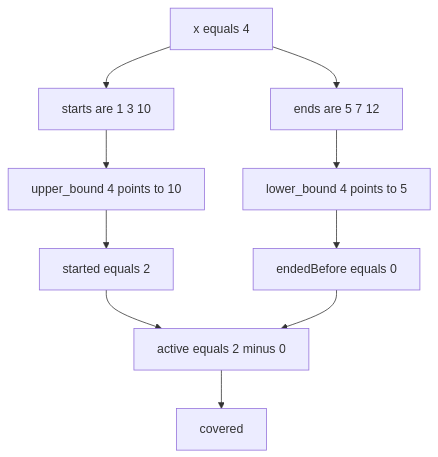
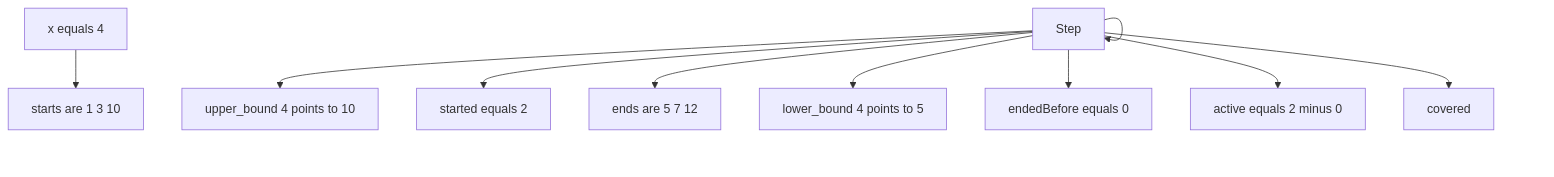
One commit to mthaiseer/springcloud-systemdesign-notes changed the sixth of 35 diagrams in CP_DSA_NOTES/001_TOPIC_WISE/001_STL_RANGE_QUERY_SWEEPLINE.md. Above: the diagram before and after it, drawn with Mermaid. The commit also changed other lines of this file and 1 other file, not shown here.

````diff
--- a/CP_DSA_NOTES/001_TOPIC_WISE/001_STL_RANGE_QUERY_SWEEPLINE.md
+++ b/CP_DSA_NOTES/001_TOPIC_WISE/001_STL_RANGE_QUERY_SWEEPLINE.md
@@ -400,12 +400,12 @@
 ```mermaid
 flowchart TD
-    A["x equals 4"] --> B["starts are 1 3 10"]
-    B --> C["upper_bound 4 points to 10"]
-    C --> D["started equals 2"]
-    A --> E["ends are 5 7 12"]
-    E --> F["lower_bound 4 points to 5"]
-    F --> G["endedBefore equals 0"]
-    D --> H["active equals 2 minus 0"]
-    G --> H
-    H --> I["covered"]
+    N1["x equals 4"] --> N2["starts are 1 3 10"]
+    N3["Step"] --> N4["upper_bound 4 points to 10"]
+    N3["Step"] --> N5["started equals 2"]
+    N3["Step"] --> N6["ends are 5 7 12"]
+    N3["Step"] --> N7["lower_bound 4 points to 5"]
+    N3["Step"] --> N8["endedBefore equals 0"]
+    N3["Step"] --> N9["active equals 2 minus 0"]
+    N3["Step"] --> N3["Step"]
+    N3["Step"] --> N10["covered"]
 ```
````
